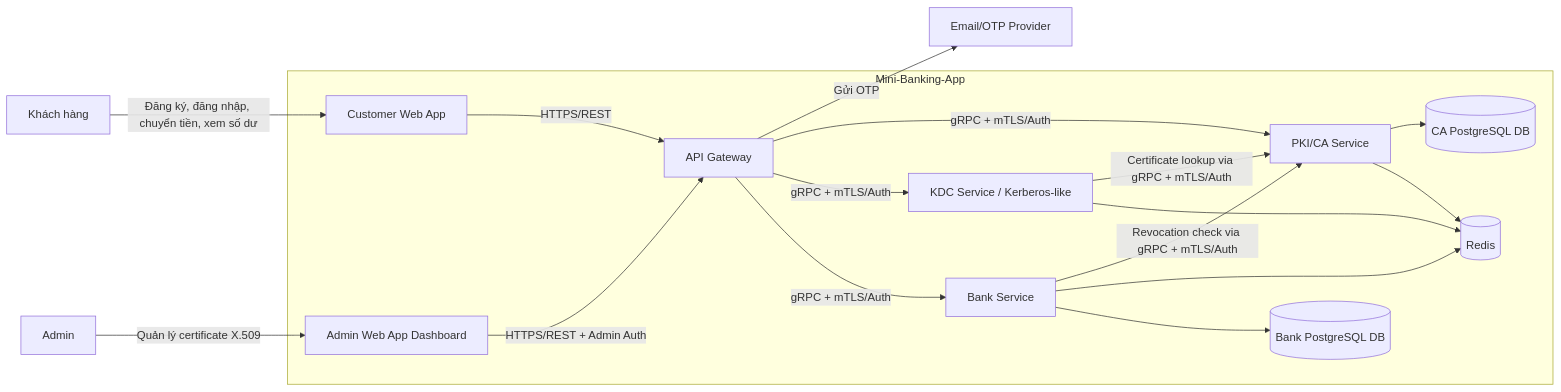
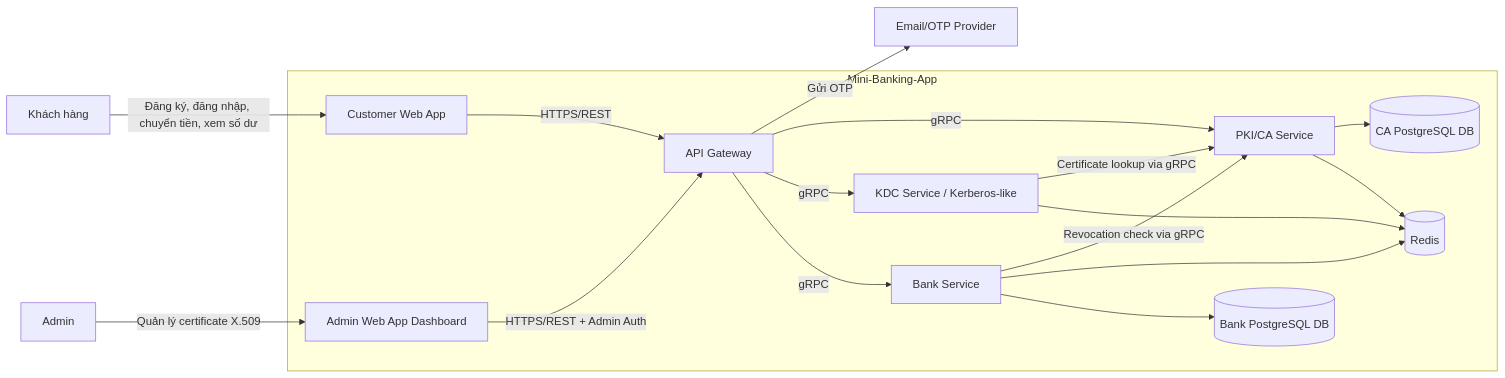
Before and after one commit to TNTT2305hcmus/mini-banking-app: the first of 6 diagrams in blueprint/design.md, drawn with Mermaid. The commit also changed other lines of this file and 23 other files, not shown here.

````diff
--- a/blueprint/design.md
+++ b/blueprint/design.md
@@ -270,38 +266,38 @@
 ```mermaid
 flowchart LR
     Customer[Khách hàng]
     Admin[Admin]
     Email[Email/OTP Provider]
 
     subgraph System["Mini-Banking-App"]
         CustomerWeb[Customer Web App]
         AdminDashboard[Admin Web App Dashboard]
         Gateway[API Gateway]
         CA[PKI/CA Service]
         KDC[KDC Service / Kerberos-like]
         Bank[Bank Service]
         CADB[(CA PostgreSQL DB)]
         BankDB[(Bank PostgreSQL DB)]
         Cache[(Redis)]
     end
 
     Customer -->|Đăng ký, đăng nhập, chuyển tiền, xem số dư| CustomerWeb
     Admin -->|Quản lý certificate X.509| AdminDashboard
 
     CustomerWeb -->|HTTPS/REST| Gateway
     AdminDashboard -->|HTTPS/REST + Admin Auth| Gateway
 
     Gateway -->|Gửi OTP| Email
-    Gateway -->|gRPC + mTLS/Auth| CA
-    Gateway -->|gRPC + mTLS/Auth| KDC
-    Gateway -->|gRPC + mTLS/Auth| Bank
+    Gateway -->|gRPC| CA
+    Gateway -->|gRPC| KDC
+    Gateway -->|gRPC| Bank
 
-    KDC -->|Certificate lookup via gRPC + mTLS/Auth| CA
-    Bank -->|Revocation check via gRPC + mTLS/Auth| CA
+    KDC -->|Certificate lookup via gRPC| CA
+    Bank -->|Revocation check via gRPC| CA
 
     CA --> CADB
     CA --> Cache
     KDC --> Cache
     Bank --> Cache
     Bank --> BankDB
 ```
````
